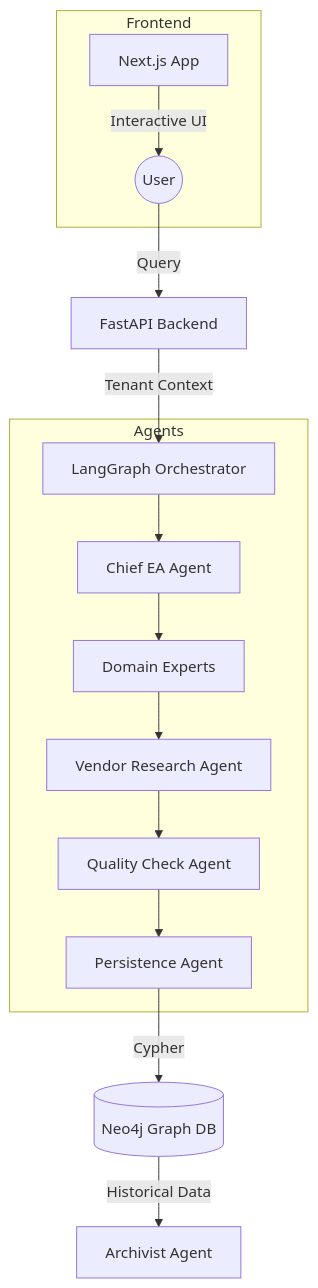
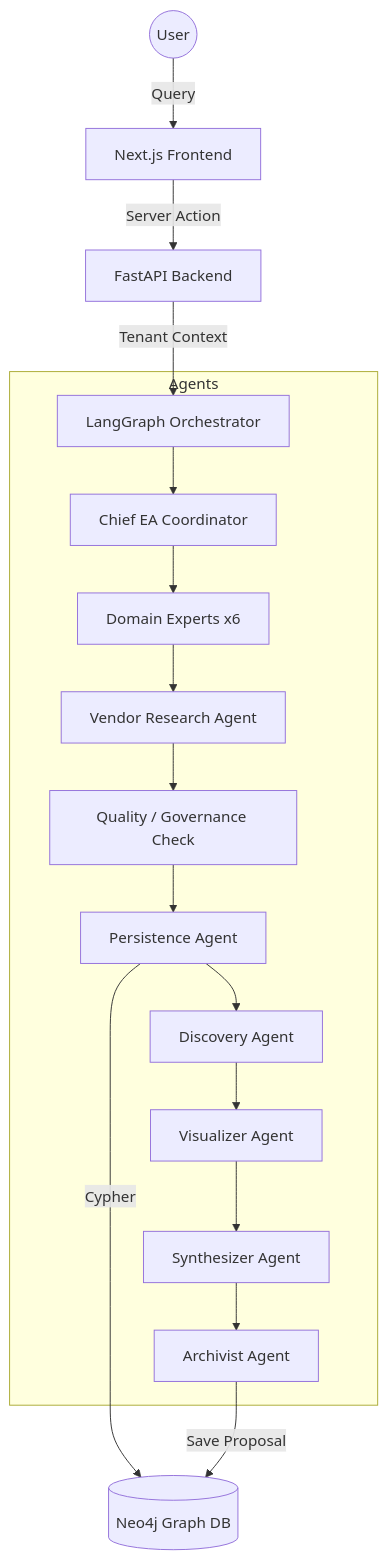
One commit to aymond/hive.EnterpriseArchitectureOS changed the diagram in README.md. Above: the diagram before and after it, drawn with Mermaid. The commit also changed other lines of this file and 7 other files, not shown here.

Commit message:
feat: Implement authentication and CORS, refine agent workflow, and update environment configuration

````diff
--- a/README.md
+++ b/README.md
@@ -20,20 +20,21 @@
 ```mermaid
 graph TD
-    User((User)) -->|Query| API[FastAPI Backend]
+    User((User)) -->|Query| Frontend[Next.js Frontend]
+    Frontend -->|Server Action| API[FastAPI Backend]
     API -->|Tenant Context| Workflow[LangGraph Orchestrator]
     
     subgraph Agents
-        Workflow --> Coordinator[Chief EA Agent]
-        Coordinator --> Domains[Domain Experts]
+        Workflow --> Coordinator[Chief EA Coordinator]
+        Coordinator --> Domains[Domain Experts x6]
         Domains --> Research[Vendor Research Agent]
-        Research --> QC[Quality Check Agent]
+        Research --> QC[Quality / Governance Check]
         QC --> Persistence[Persistence Agent]
+        Persistence --> Discovery[Discovery Agent]
+        Discovery --> Visualizer[Visualizer Agent]
+        Visualizer --> Synthesizer[Synthesizer Agent]
+        Synthesizer --> Archivist[Archivist Agent]
     end
     
     Persistence -->|Cypher| Graph[(Neo4j Graph DB)]
-    Graph -->|Historical Data| Archivist[Archivist Agent]
-    
-    subgraph Frontend
-        Web[Next.js App] -->|Interactive UI| User
-    end
+    Archivist -->|Save Proposal| Graph
 ```
````
